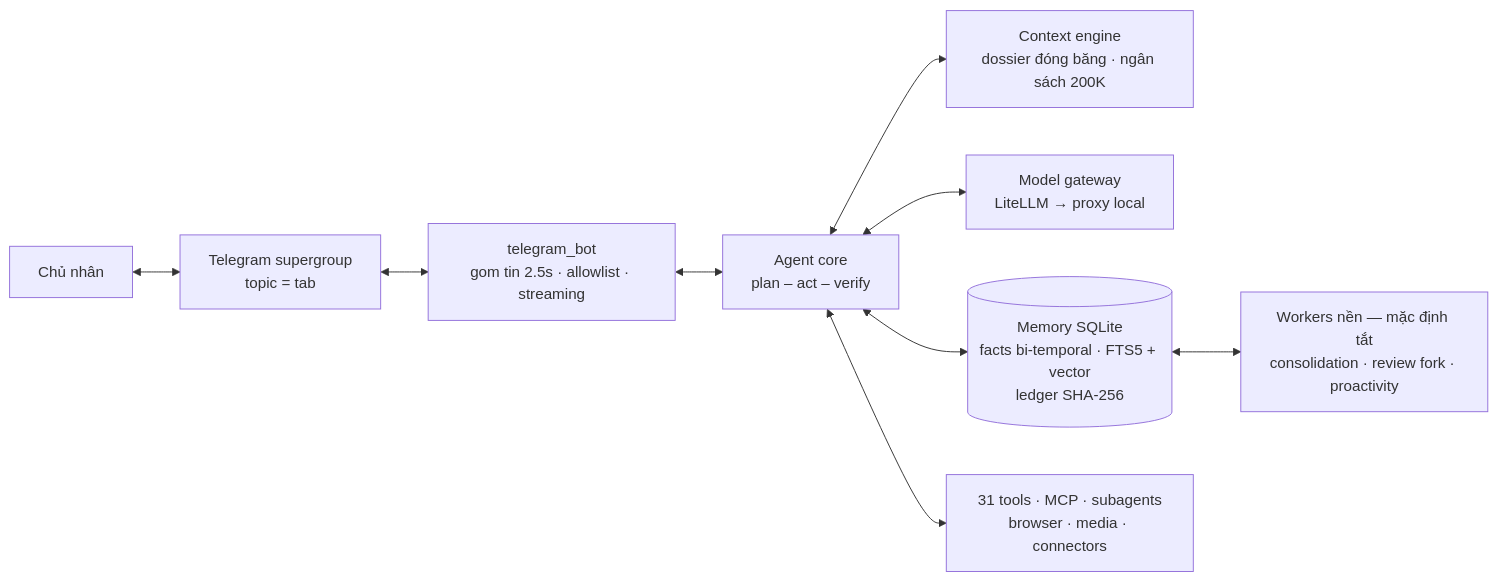
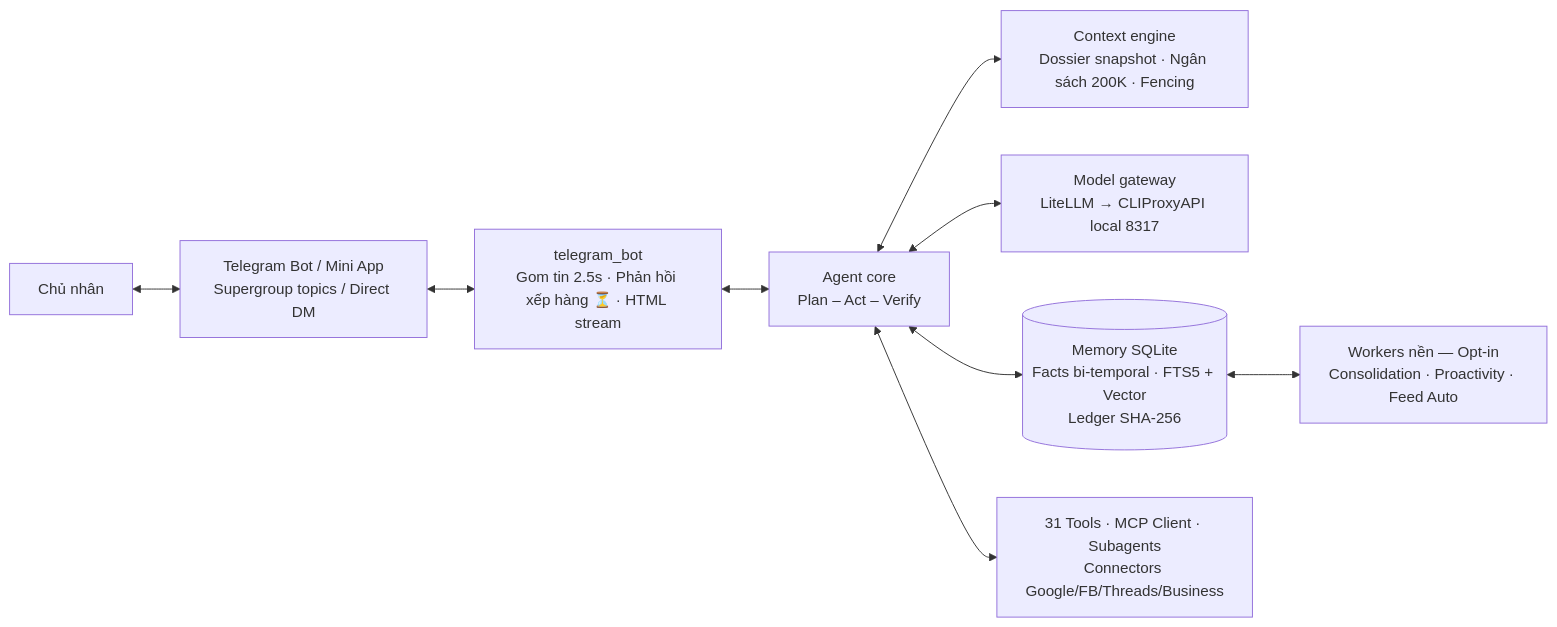
Before and after one commit to mmmnhat/mulon-v2: the diagram in README.md, drawn with Mermaid. The commit also changed other lines of this file and 6 other files, not shown here.

````diff
--- a/README.md
+++ b/README.md
@@ -117,11 +125,11 @@
 ```mermaid
 flowchart LR
-    U[Chủ nhân] <--> TG[Telegram supergroup<br/>topic = tab]
-    TG <--> BOT[telegram_bot<br/>gom tin 2.5s · allowlist · streaming]
-    BOT <--> AG[Agent core<br/>plan – act – verify]
-    AG <--> CTX[Context engine<br/>dossier đóng băng · ngân sách 200K]
-    AG <--> GW[Model gateway<br/>LiteLLM → proxy local]
-    AG <--> MEM[(Memory SQLite<br/>facts bi-temporal · FTS5 + vector<br/>ledger SHA-256)]
-    AG <--> TLS[31 tools · MCP · subagents<br/>browser · media · connectors]
-    MEM <--> WRK[Workers nền — mặc định tắt<br/>consolidation · review fork · proactivity]
+    U[Chủ nhân] <--> TG[Telegram Bot / Mini App<br/>Supergroup topics / Direct DM]
+    TG <--> BOT[telegram_bot<br/>Gom tin 2.5s · Phản hồi xếp hàng ⏳ · HTML stream]
+    BOT <--> AG[Agent core<br/>Plan – Act – Verify]
+    AG <--> CTX[Context engine<br/>Dossier snapshot · Ngân sách 200K · Fencing]
+    AG <--> GW[Model gateway<br/>LiteLLM → CLIProxyAPI local 8317]
+    AG <--> MEM[(Memory SQLite<br/>Facts bi-temporal · FTS5 + Vector<br/>Ledger SHA-256)]
+    AG <--> TLS[31 Tools · MCP Client · Subagents<br/>Connectors Google/FB/Threads/Business]
+    MEM <--> WRK[Workers nền — Opt-in<br/>Consolidation · Proactivity · Feed Auto]
 ```
````
